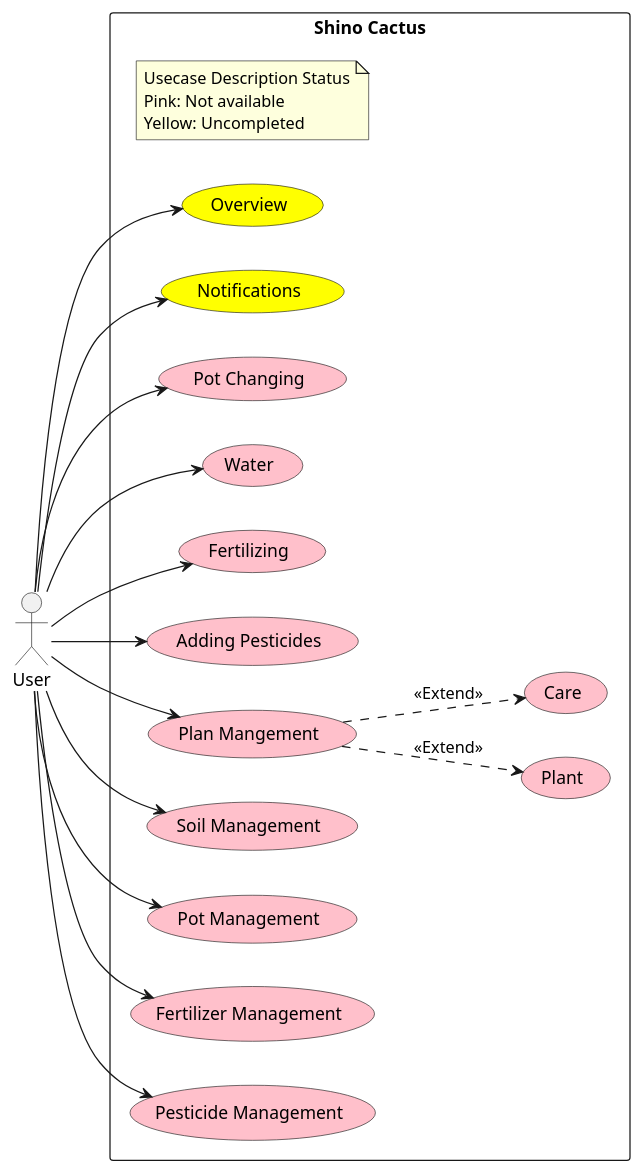
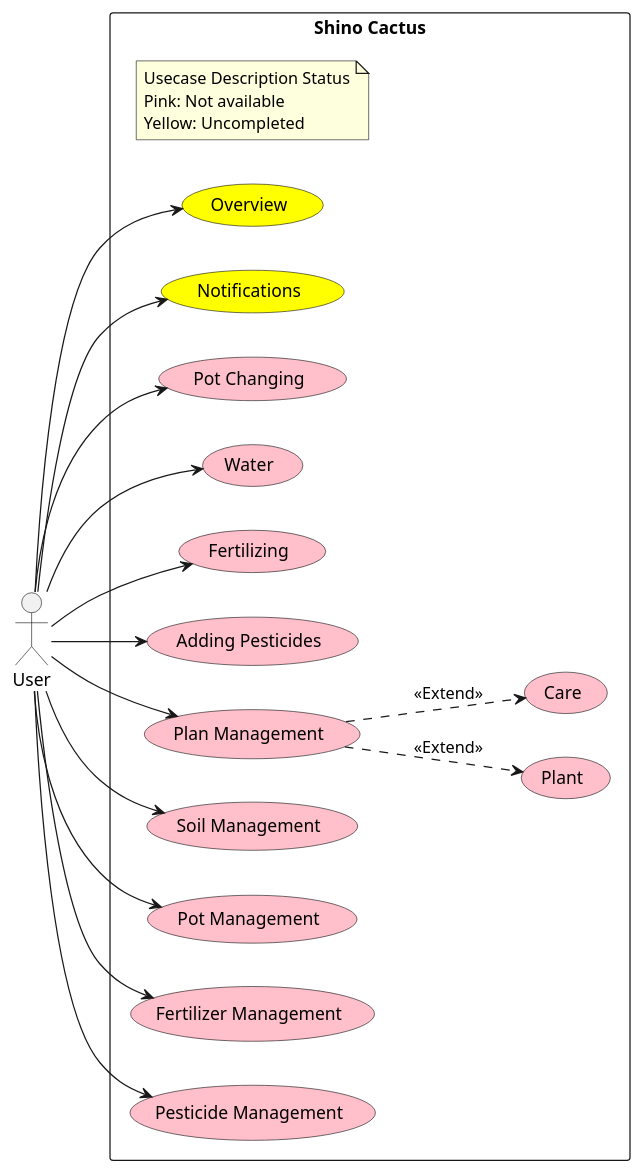
One commit to Shinodari/CactusMan-Analysis changed the diagram in UML/Concept.puml. Above: the diagram before and after it, drawn with PlantUML. The commit also changed 1 other file, not shown here.

Commit message:
fix(usecase): word wrong Plan Mangement to Plan Management

```diff
--- a/UML/Concept.puml
+++ b/UML/Concept.puml
@@ -1,39 +1,39 @@
 @startuml Usecase
 left to right direction
 actor User
 rectangle "Shino Cactus" as ShinoCactus{
     note "Usecase Description Status\nPink: Not available\nYellow: Uncompleted" as CommonNote
 
     usecase Overview #Yellow
     usecase Notifications #Yellow
     usecase "Pot Changing" as PotC #pink
     usecase Water #pink
     usecase Fertilizing #pink 
     usecase "Adding Pesticides" as APesticides #pink
-    usecase "Plan Mangement" as PlanM #pink
+    usecase "Plan Management" as PlanM #pink
     usecase Plant #pink
     usecase Care #pink
     usecase "Soil Management" as SoilM #pink
     usecase "Pot Management" as PotM #pink
     usecase "Fertilizer Management" as FertilizerM #pink
     usecase "Pesticide Management" as PesticideM #pink
 }
 
 
 User --> Overview
 User --> Notifications
 User --> PotC
 User --> Water
 User --> Fertilizing
 User --> APesticides
 User --> PlanM
 User --> SoilM
 User --> PotM
 User --> FertilizerM
 User --> PesticideM
 
 PlanM ..> Plant : <<Extend>>
 PlanM ..> Care : <<Extend>>
 
 
 @enduml
```
